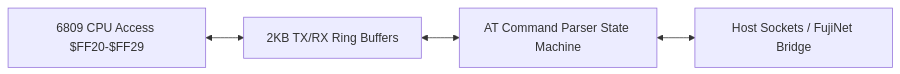
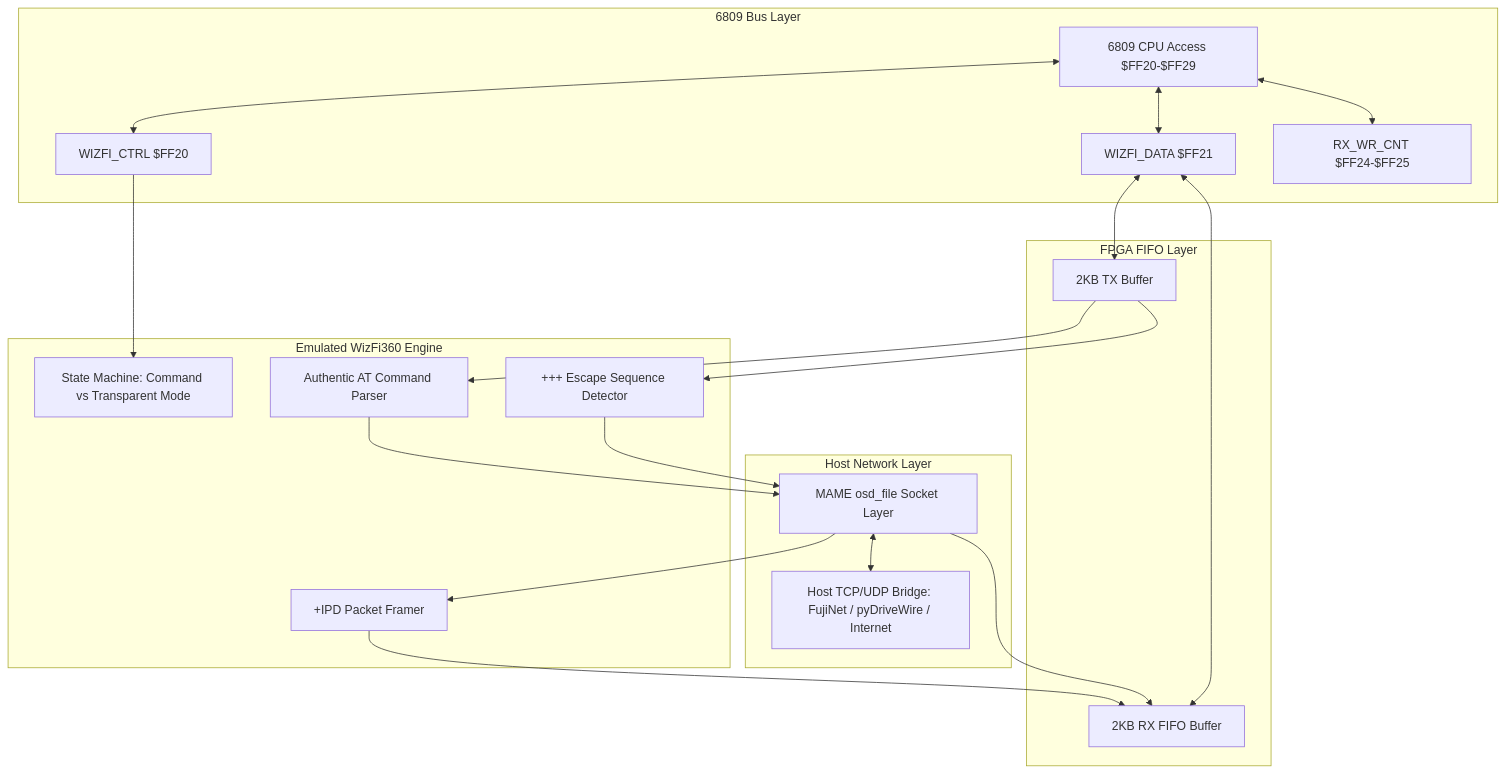
The second of 2 diagrams in WILDBITS_JR2_ARCHITECTURE.md (rlucente-retro/mame), drawn with Mermaid before and after one commit. The commit also changed other lines of this file, not shown here.

Commit message:
Update WILDBITS_JR2_ARCHITECTURE.md with comprehensive WizFi360 hardware architecture, emulation strategy, verified hardware responses, and socket bridge details

````diff
--- a/WILDBITS_JR2_ARCHITECTURE.md
+++ b/WILDBITS_JR2_ARCHITECTURE.md
@@ -359,6 +365,41 @@
 ```mermaid
-graph LR
-    CPU[6809 CPU Access $FF20-$FF29] <--> FIFO[2KB TX/RX Ring Buffers]
-    FIFO <--> AT[AT Command Parser State Machine]
-    AT <--> NET[Host Sockets / FujiNet Bridge]
+graph TD
+    subgraph 6809 Bus Layer
+        CPU[6809 CPU Access $FF20-$FF29]
+        CTRL[WIZFI_CTRL $FF20]
+        DATA[WIZFI_DATA $FF21]
+        CNT[RX_WR_CNT $FF24-$FF25]
+    end
+
+    subgraph FPGA FIFO Layer
+        RXF[2KB RX FIFO Buffer]
+        TXF[2KB TX Buffer]
+    end
+
+    subgraph Emulated WizFi360 Engine
+        STATE[State Machine: Command vs Transparent Mode]
+        PARSER[Authentic AT Command Parser]
+        ESC[+++ Escape Sequence Detector]
+        FRAMER[+IPD Packet Framer]
+    end
+
+    subgraph Host Network Layer
+        SOCK[MAME osd_file Socket Layer]
+        HOST[Host TCP/UDP Bridge: FujiNet / pyDriveWire / Internet]
+    end
+
+    CPU <--> CTRL
+    CPU <--> DATA
+    CPU <--> CNT
+    DATA <--> RXF
+    DATA <--> TXF
+    CTRL --> STATE
+    TXF --> PARSER
+    TXF --> ESC
+    ESC --> SOCK
+    PARSER --> SOCK
+    SOCK --> FRAMER
+    SOCK --> RXF
+    FRAMER --> RXF
+    SOCK <--> HOST
 ```
````
